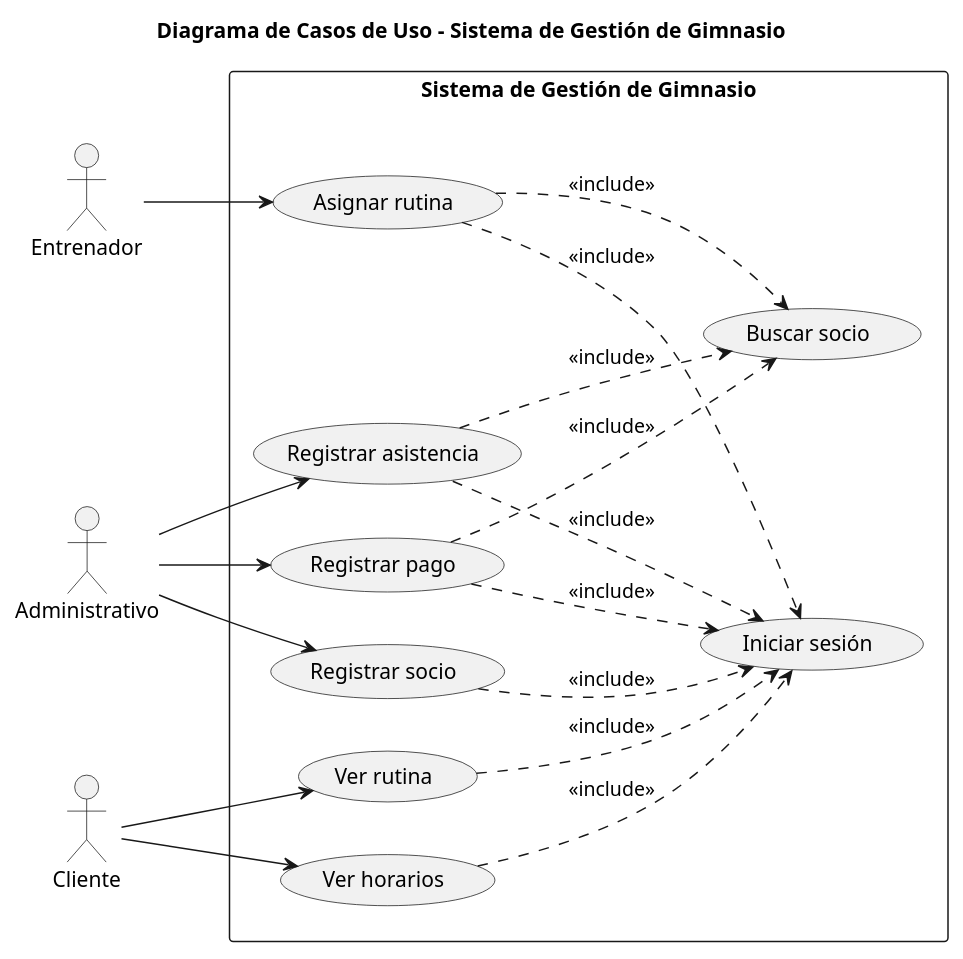
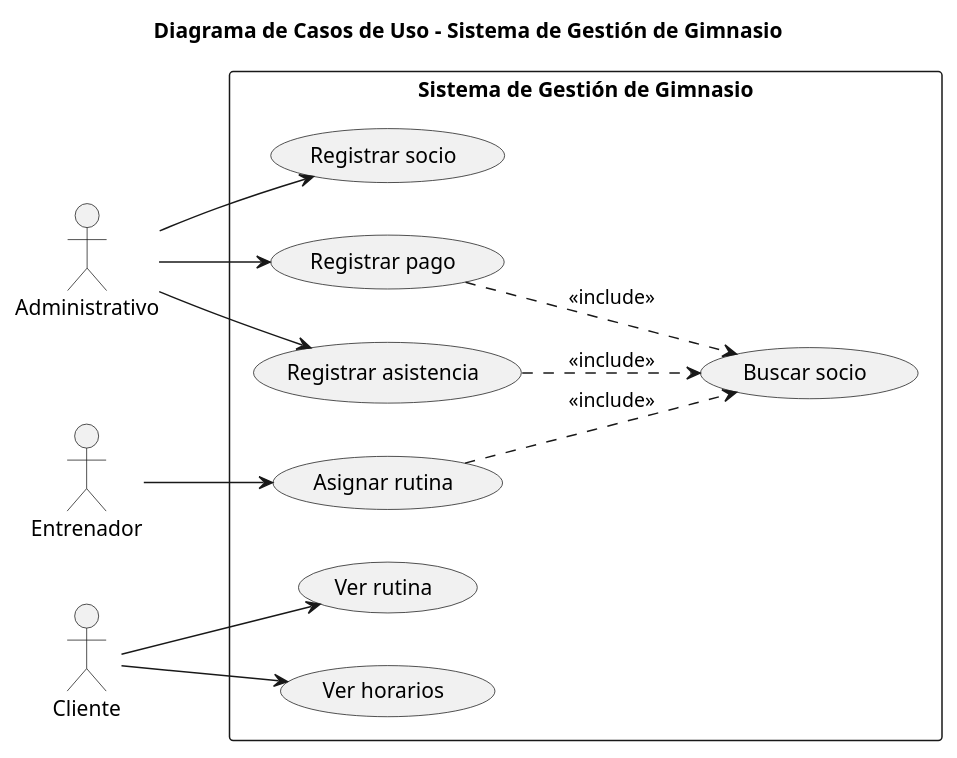
One commit to jeremiastorres2809-jpg/eidas-gimnasio-2026 changed the diagram in diagramas/casos-de-uso.puml. Above: the diagram before and after it, drawn with PlantUML. The commit also changed 7 other files, not shown here.

```diff
--- a/diagramas/casos-de-uso.puml
+++ b/diagramas/casos-de-uso.puml
@@ -1,48 +1,36 @@
-@startuml
-
+@startuml casos-de-uso
 title Diagrama de Casos de Uso - Sistema de Gestión de Gimnasio
 
 left to right direction
 
-' --- Actores ---
 actor Administrativo as A1
 actor Entrenador as A2
 actor Cliente as A3
 
-' --- Sistema ---
+
 rectangle "Sistema de Gestión de Gimnasio" {
 
-  usecase "Iniciar sesión" as UC0
   usecase "Buscar socio" as UC7
   usecase "Registrar socio" as UC1
   usecase "Registrar pago" as UC2
   usecase "Registrar asistencia" as UC3
   usecase "Asignar rutina" as UC4
   usecase "Ver rutina" as UC5
   usecase "Ver horarios" as UC6
 
 }
 
-' --- Relaciones actor-caso de uso ---
 A1 --> UC1
 A1 --> UC2
 A1 --> UC3
 
 A2 --> UC4
 
 A3 --> UC5
 A3 --> UC6
 
-' --- Relaciones entre casos de uso ---
-UC1 ..> UC0 : <<include>>
-UC2 ..> UC0 : <<include>>
-UC3 ..> UC0 : <<include>>
-UC4 ..> UC0 : <<include>>
-UC5 ..> UC0 : <<include>>
-UC6 ..> UC0 : <<include>>
-
 UC2 ..> UC7 : <<include>>
 UC3 ..> UC7 : <<include>>
 UC4 ..> UC7 : <<include>>
 
 @enduml
```
